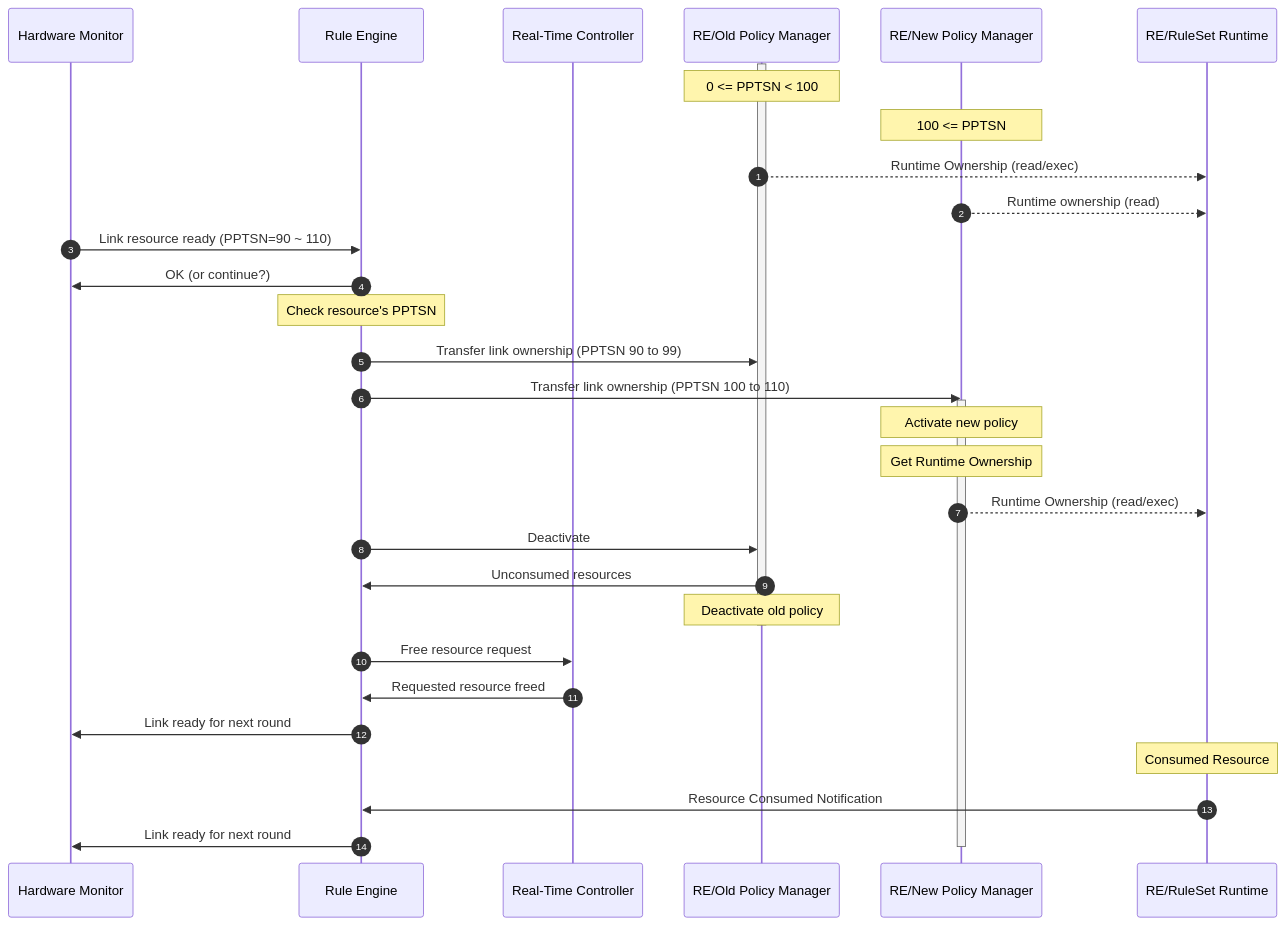
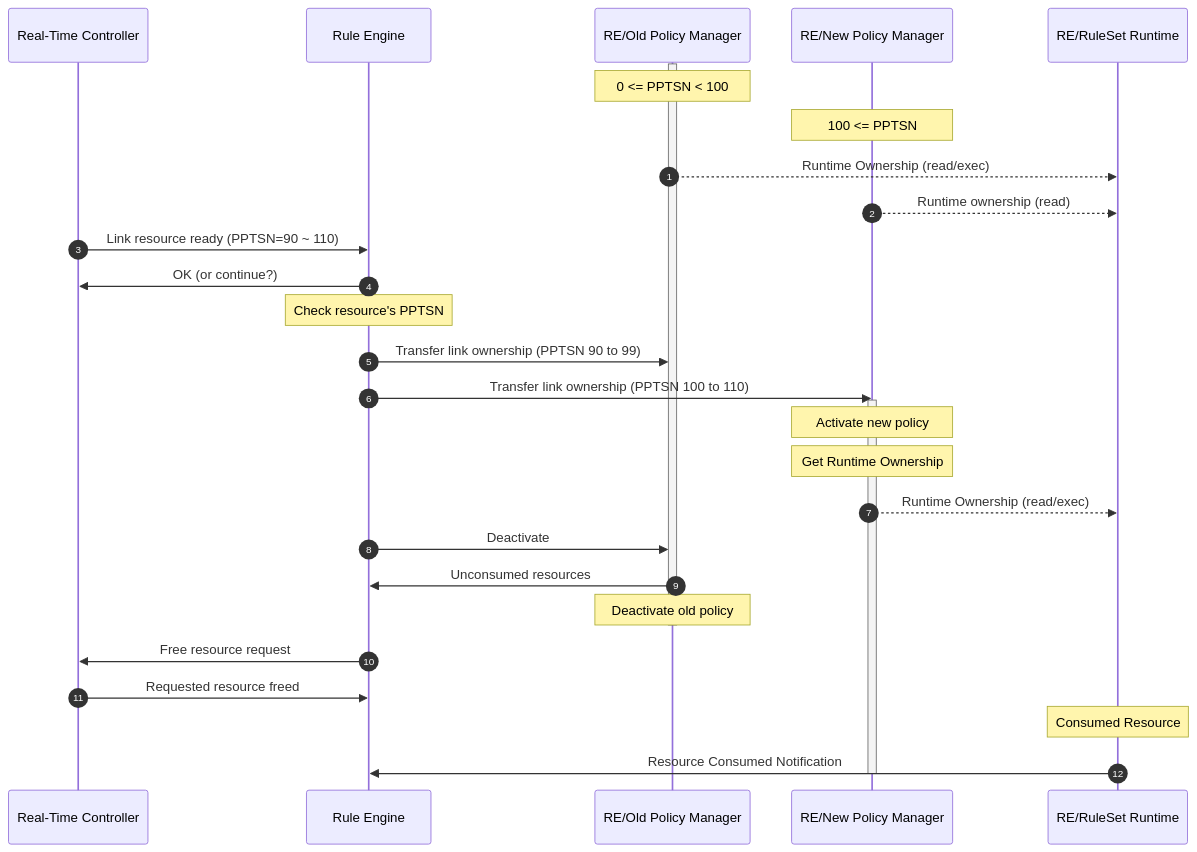
Before and after one commit to sfc-aqua/qrsa: the fourth of 6 diagrams in rule_engine/README.md, drawn with Mermaid. The commit also changed other lines of this file and 5 other files, not shown here.

Commit message:
updated diagrams

````diff
--- a/rule_engine/README.md
+++ b/rule_engine/README.md
@@ -94,35 +101,32 @@
 ```mermaid
 sequenceDiagram
 autonumber
-participant hm as Hardware Monitor
+participant rtc as Real-Time Controller
 participant re as Rule Engine
-participant rtc as Real-Time Controller
 participant rep_old as RE/Old Policy Manager
 participant rep_new as RE/New Policy Manager
 participant rsr as RE/RuleSet Runtime
 activate rep_old
 Note over rep_old: 0 <= PPTSN < 100
 Note over rep_new: 100 <= PPTSN
 rep_old -->> rsr: Runtime Ownership (read/exec)
 rep_new -->> rsr: Runtime ownership (read)
-hm ->> re: Link resource ready (PPTSN=90 ~ 110)
-re ->> hm: OK (or continue?)
+rtc ->> re: Link resource ready (PPTSN=90 ~ 110)
+re ->> rtc: OK (or continue?)
 Note over re: Check resource's PPTSN
 re ->> rep_old: Transfer link ownership (PPTSN 90 to 99)
 re ->> rep_new: Transfer link ownership (PPTSN 100 to 110)
 activate rep_new
 Note over rep_new: Activate new policy
 Note over rep_new: Get Runtime Ownership
 rep_new -->> rsr: Runtime Ownership (read/exec)
 re ->> rep_old: Deactivate 
 rep_old ->> re: Unconsumed resources
 Note over rep_old: Deactivate old policy
 deactivate rep_old
 re ->> rtc: Free resource request
 rtc ->> re: Requested resource freed 
-re ->> hm: Link ready for next round
 Note over rsr: Consumed Resource
 rsr ->> re: Resource Consumed Notification
-re ->> hm: Link ready for next round
 deactivate rep_new
 ```
````
